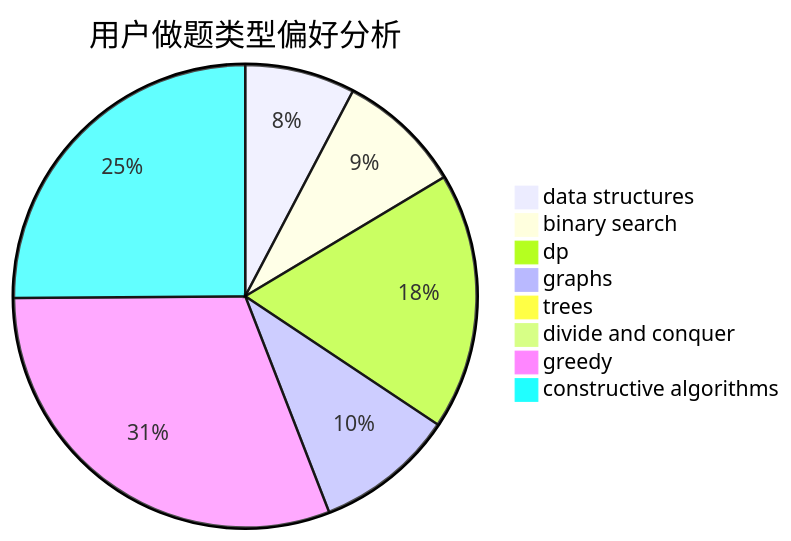
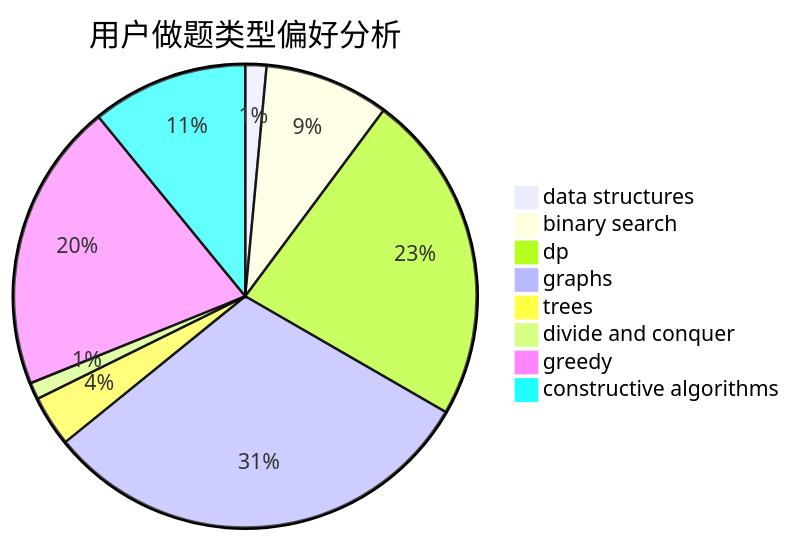
One commit to sherpahu/cfrs.github.io changed the second of 3 diagrams in docs/user/u1387.md. Above: the diagram before and after it, drawn with Mermaid. The commit also changed other lines of this file and 2770 other files, not shown here.

````diff
--- a/docs/user/u1387.md
+++ b/docs/user/u1387.md
@@ -23,11 +23,11 @@
 ```mermaid
 pie title 用户做题类型偏好分析
-    "data structures" :  30
-    "binary search" :  34
-    "dp" :  70
-    "graphs" :  38
-    "trees" :  0
-    "divide and conquer" :  0
-    "greedy" :  120
-    "constructive algorithms" :  98
+    "data structures" :  10
+    "binary search" :  59
+    "dp" :  157
+    "graphs" :  209
+    "trees" :  24
+    "divide and conquer" :  8
+    "greedy" :  137
+    "constructive algorithms" :  74
 ```
````
